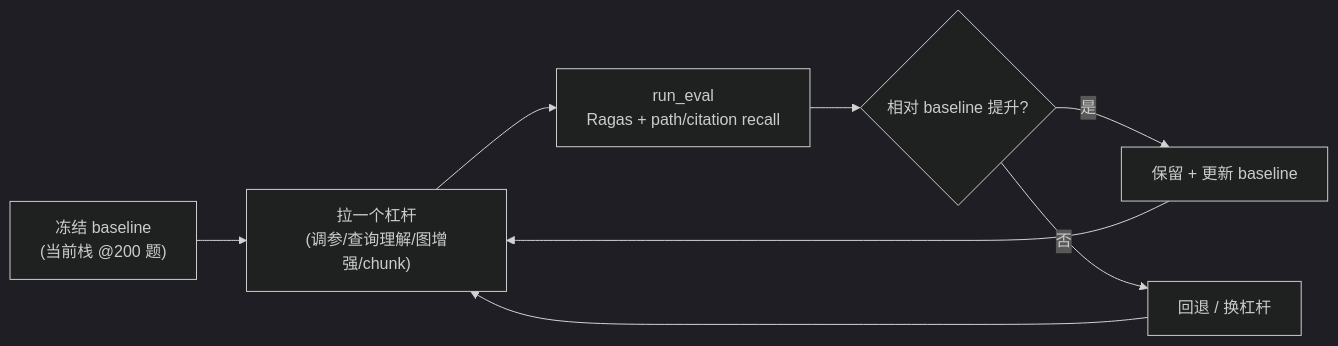
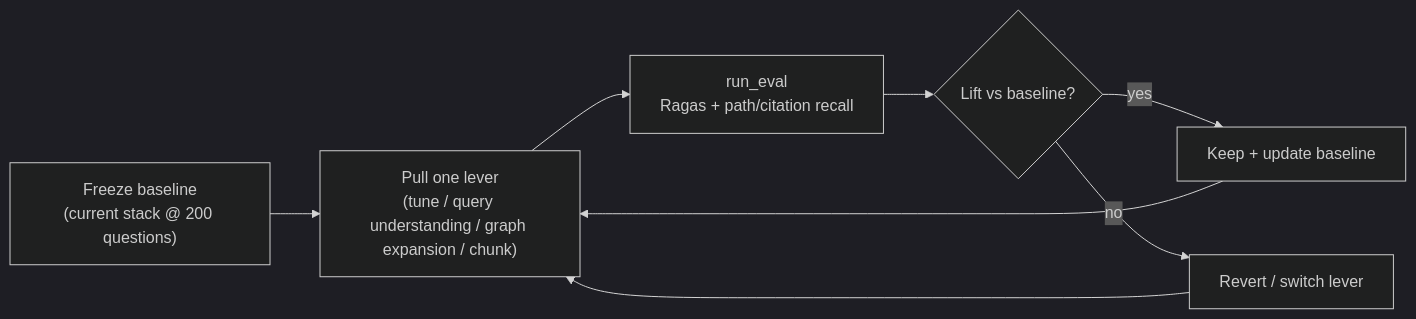
Before and after one commit to AndyUneducated/repo-sage: the second of 3 diagrams in docs/plans/phase-8-retrieval-quality.md, drawn with Mermaid (dark theme). The commit also changed other lines of this file and 14 other files, not shown here.

````diff
--- a/docs/plans/phase-8-retrieval-quality.md
+++ b/docs/plans/phase-8-retrieval-quality.md
@@ -83,10 +83,10 @@
 ```mermaid
 flowchart LR
-  BASE["冻结 baseline<br/>(当前栈 @200 题)"] --> LEVER["拉一个杠杆<br/>(调参/查询理解/图增强/chunk)"]
+  BASE["Freeze baseline<br/>(current stack @ 200 questions)"] --> LEVER["Pull one lever<br/>(tune / query understanding / graph expansion / chunk)"]
   LEVER --> EVAL["run_eval<br/>Ragas + path/citation recall"]
-  EVAL --> CMP{"相对 baseline 提升?"}
-  CMP -- 是 --> KEEP["保留 + 更新 baseline"]
-  CMP -- 否 --> REVERT["回退 / 换杠杆"]
+  EVAL --> CMP{"Lift vs baseline?"}
+  CMP -- yes --> KEEP["Keep + update baseline"]
+  CMP -- no --> REVERT["Revert / switch lever"]
   KEEP --> LEVER
   REVERT --> LEVER
 ```
````
